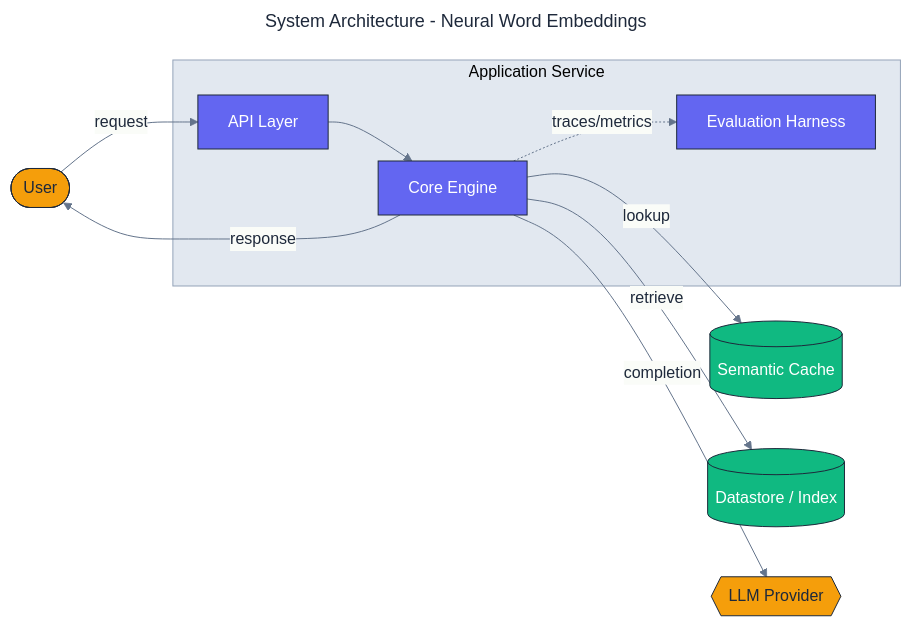
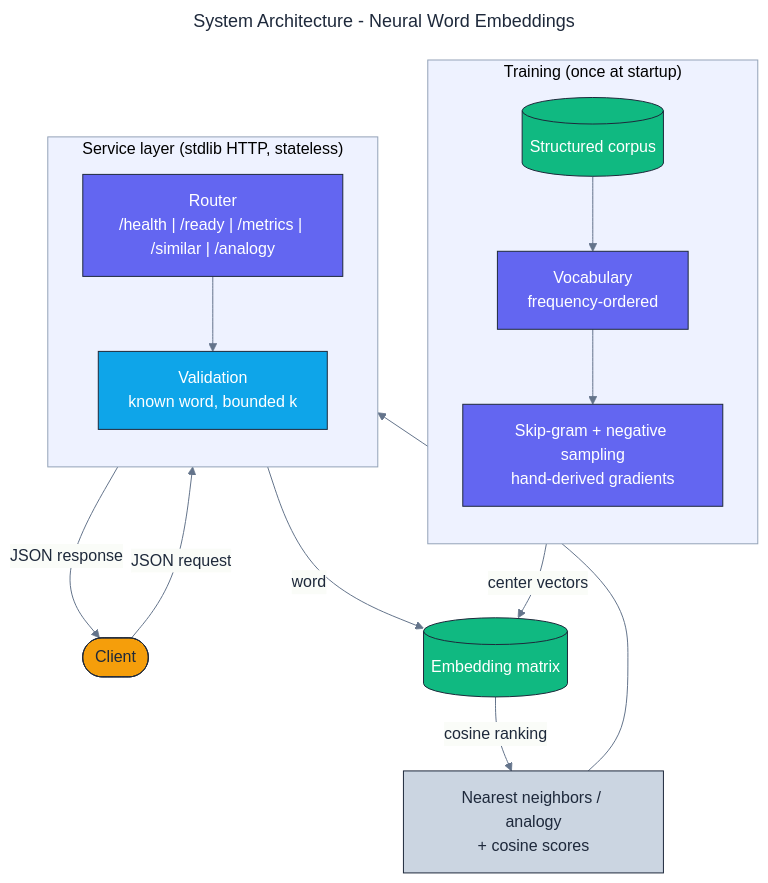
The diagram in docs/architecture/architecture.mmd (adeoluo/neural-word-embeddings), drawn with Mermaid before and after one commit. The commit also changed 18 other files, not shown here.

First line of the commit message:
feat: add HTTP service with observability, benchmarks, and documentation

```diff
--- a/docs/architecture/architecture.mmd
+++ b/docs/architecture/architecture.mmd
@@ -1,38 +1,43 @@
 ---
 title: System Architecture - Neural Word Embeddings
 config:
   theme: base
   themeVariables:
     fontFamily: "Inter, system-ui, sans-serif"
     primaryColor: "#F8FAFC"
     primaryBorderColor: "#1E293B"
     primaryTextColor: "#1E293B"
     lineColor: "#64748B"
-    clusterBkg: "#E2E8F0"
+    clusterBkg: "#EEF2FF"
     clusterBorder: "#94A3B8"
 ---
-flowchart LR
+flowchart TB
+    classDef edge     fill:#F59E0B,stroke:#1E293B,color:#1E293B,stroke-width:1px;
     classDef core     fill:#6366F1,stroke:#1E293B,color:#ffffff,stroke-width:1px;
     classDef data     fill:#10B981,stroke:#1E293B,color:#ffffff,stroke-width:1px;
-    classDef external fill:#F59E0B,stroke:#1E293B,color:#1E293B,stroke-width:1px;
-    classDef danger   fill:#EF4444,stroke:#1E293B,color:#ffffff,stroke-width:1px;
+    classDef control  fill:#0EA5E9,stroke:#1E293B,color:#ffffff,stroke-width:1px;
+    classDef obs      fill:#CBD5E1,stroke:#1E293B,color:#1E293B,stroke-width:1px;
 
-    User([User]):::external
+    Client([Client]):::edge
 
-    subgraph Application["Application Service"]
-        API[API Layer]:::core
-        Core[Core Engine]:::core
-        Evaluation[Evaluation Harness]:::core
+    subgraph Train["Training (once at startup)"]
+        direction TB
+        Corpus[(Structured corpus)]:::data
+        Vocab[Vocabulary<br/>frequency-ordered]:::core
+        SkipGram["Skip-gram + negative sampling<br/>hand-derived gradients"]:::core
     end
 
-    Cache[(Semantic Cache)]:::data
-    Store[(Datastore / Index)]:::data
-    LLM{{LLM Provider}}:::external
+    subgraph Edge["Service layer (stdlib HTTP, stateless)"]
+        direction TB
+        Router["Router<br/>/health | /ready | /metrics | /similar | /analogy"]:::core
+        Validate["Validation<br/>known word, bounded k"]:::control
+    end
 
-    User -->|request| API
-    API --> Core
-    Core -->|lookup| Cache
-    Core -->|retrieve| Store
-    Core -->|completion| LLM
-    Core -.->|traces/metrics| Evaluation
-    Core -->|response| User
+    Vectors[(Embedding matrix)]:::data
+    Result["Nearest neighbors / analogy<br/>+ cosine scores"]:::obs
+
+    Corpus --> Vocab --> SkipGram -->|center vectors| Vectors
+    Client -->|JSON request| Router --> Validate
+    Validate -->|word| Vectors
+    Vectors -->|cosine ranking| Result
+    Result --> Router -->|JSON response| Client
```
